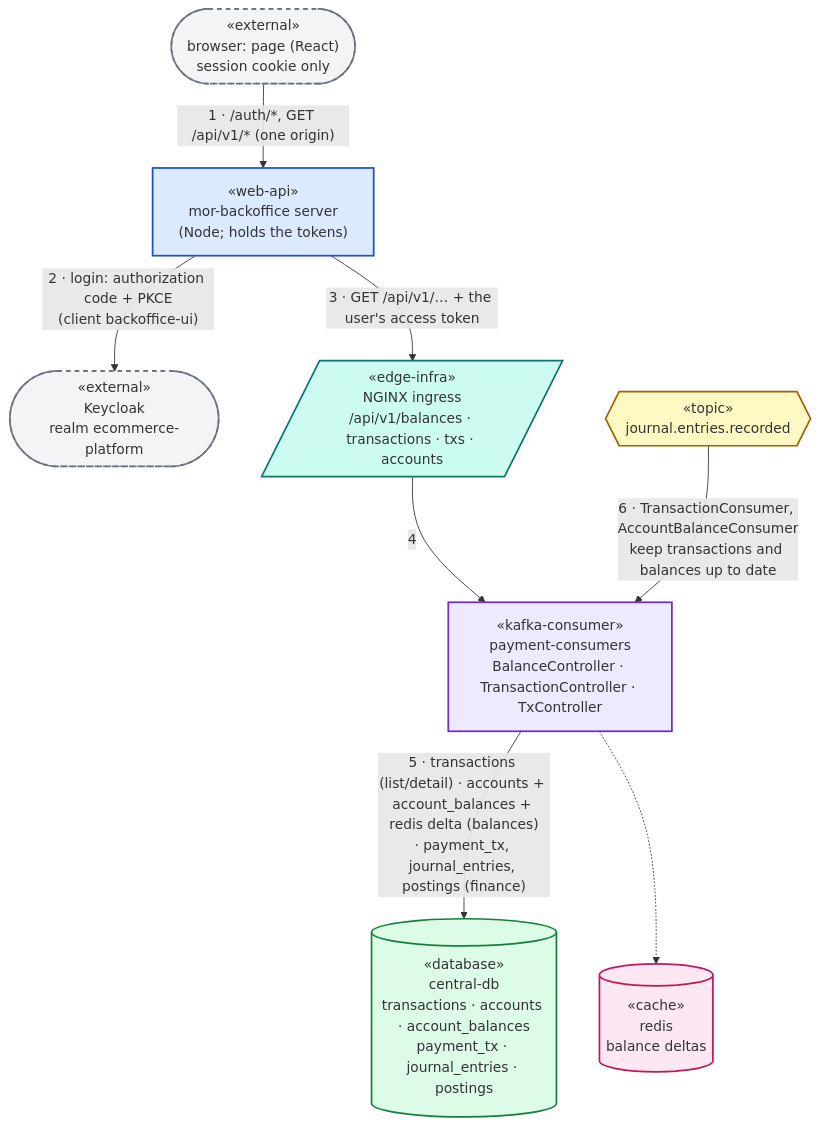
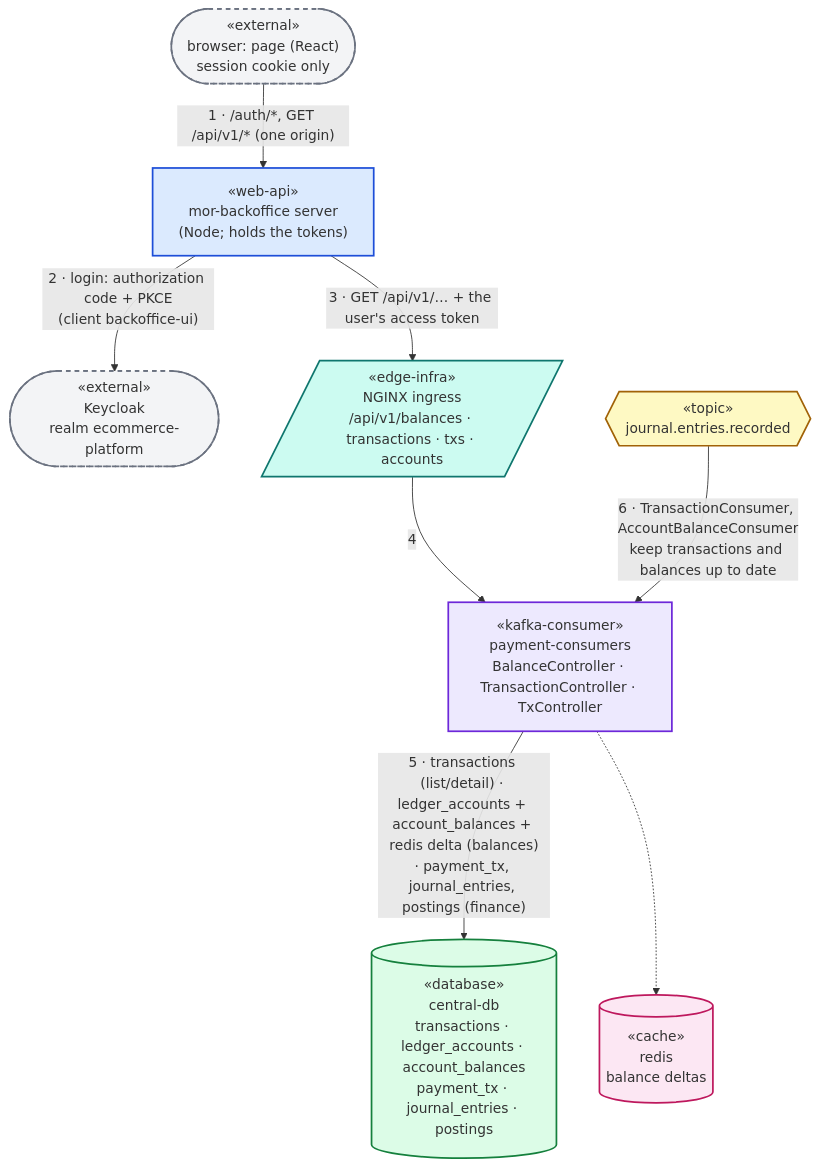
Before and after one commit to dcaglar/payment-platform-for-marketplaces: the seventh of 7 diagrams in docs/architecture/architecture.md, drawn with Mermaid. The commit also changed other lines of this file and 45 other files, not shown here.

````diff
--- a/docs/architecture/architecture.md
+++ b/docs/architecture/architecture.md
@@ -837,27 +849,27 @@
 ```mermaid
 flowchart TB
     classDef webapi fill:#dbeafe,stroke:#1d4ed8,stroke-width:2px
     classDef consumer fill:#ede9fe,stroke:#6d28d9,stroke-width:2px
     classDef db fill:#dcfce7,stroke:#15803d,stroke-width:2px
     classDef cache fill:#fce7f3,stroke:#be185d,stroke-width:2px
     classDef topic fill:#fef9c3,stroke:#a16207,stroke-width:2px
     classDef external fill:#f3f4f6,stroke:#6b7280,stroke-width:2px,stroke-dasharray:5 5
     classDef infra fill:#ccfbf1,stroke:#0f766e,stroke-width:2px
 
     U(["«external»<br/>browser: page (React)<br/>session cookie only"]):::external
     KC(["«external»<br/>Keycloak<br/>realm ecommerce-platform"]):::external
     BFF["«web-api»<br/>mor-backoffice server<br/>(Node; holds the tokens)"]:::webapi
     ING[/"«edge-infra»<br/>NGINX ingress<br/>/api/v1/balances · transactions · txs · accounts"/]:::infra
     PC["«kafka-consumer»<br/>payment-consumers<br/>BalanceController · TransactionController · TxController"]:::consumer
     T{{"«topic»<br/>journal.entries.recorded"}}:::topic
-    DB[("«database»<br/>central-db<br/>transactions · accounts · account_balances<br/>payment_tx · journal_entries · postings")]:::db
+    DB[("«database»<br/>central-db<br/>transactions · ledger_accounts · account_balances<br/>payment_tx · journal_entries · postings")]:::db
     R[("«cache»<br/>redis<br/>balance deltas")]:::cache
 
     U -->|"1 · /auth/*, GET /api/v1/* (one origin)"| BFF
     BFF -->|"2 · login: authorization code + PKCE<br/>(client backoffice-ui)"| KC
     BFF -->|"3 · GET /api/v1/… + the user's access token"| ING
     ING -->|4| PC
-    PC -->|"5 · transactions (list/detail) · accounts + account_balances + redis delta (balances)<br/>· payment_tx, journal_entries, postings (finance)"| DB
+    PC -->|"5 · transactions (list/detail) · ledger_accounts + account_balances + redis delta (balances)<br/>· payment_tx, journal_entries, postings (finance)"| DB
     PC -.-> R
     T -->|"6 · TransactionConsumer, AccountBalanceConsumer<br/>keep transactions and balances up to date"| PC
 ```
````
